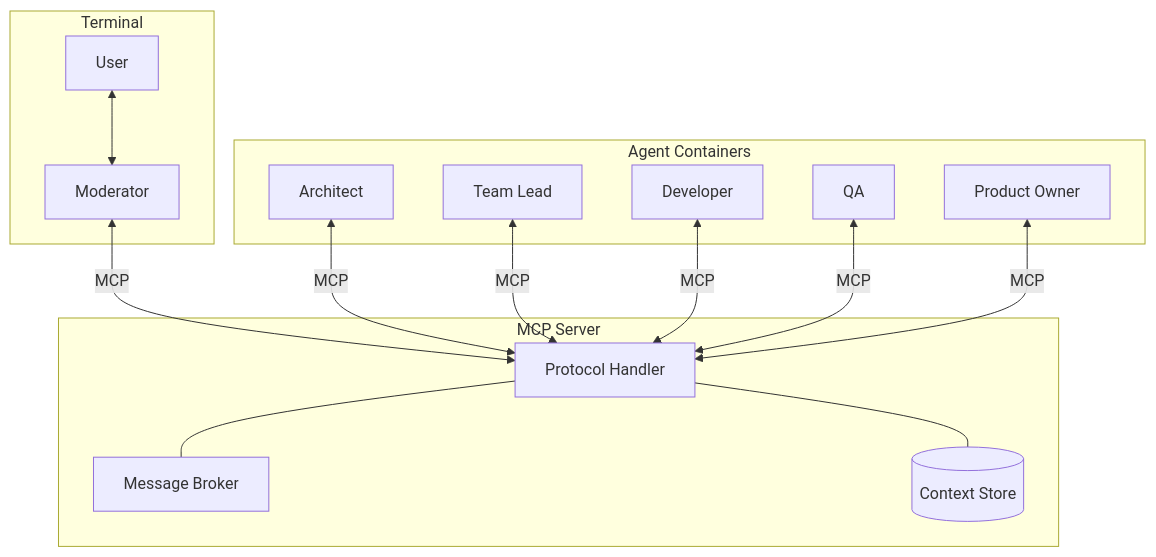
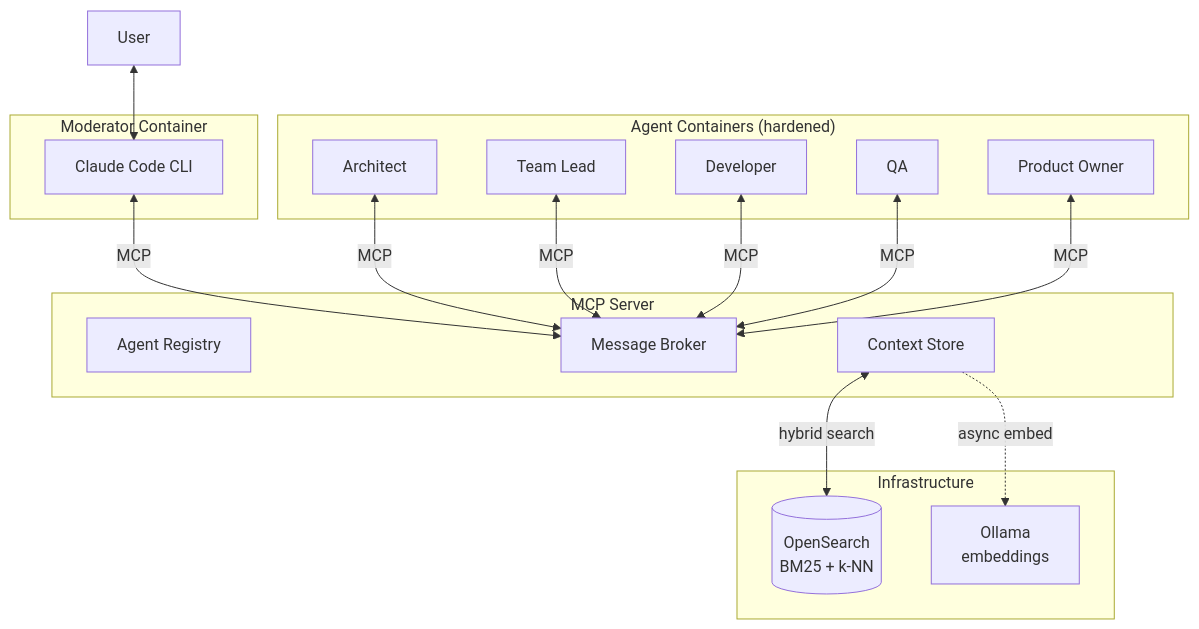
One commit to ia64mail/quorum changed the diagram in README.md. Above: the diagram before and after it, drawn with Mermaid. The commit also changed other lines of this file, not shown here.

````diff
--- a/README.md
+++ b/README.md
@@ -16,29 +16,38 @@
 ```mermaid
 graph TB
-    subgraph "Terminal"
-        U[User] <--> MOD[Moderator]
+    U[User]
+
+    subgraph "Moderator Container"
+        MOD[Claude Code CLI]
     end
 
     subgraph "MCP Server"
-        MCP[Protocol Handler]
+        REG[Agent Registry]
         BROKER[Message Broker]
-        CTX[(Context Store)]
-        MCP --- BROKER
-        MCP --- CTX
+        CTX[Context Store]
     end
 
-    subgraph "Agent Containers"
+    subgraph "Agent Containers (hardened)"
         A[Architect]
         TL[Team Lead]
         D[Developer]
         QA_A[QA]
         PO[Product Owner]
     end
 
-    MOD <-->|MCP| MCP
-    A <-->|MCP| MCP
-    TL <-->|MCP| MCP
-    D <-->|MCP| MCP
-    QA_A <-->|MCP| MCP
-    PO <-->|MCP| MCP
+    subgraph "Infrastructure"
+        OS[(OpenSearch<br/>BM25 + k-NN)]
+        OLL[Ollama<br/>embeddings]
+    end
+
+    U <--> MOD
+    MOD <-->|MCP| BROKER
+    A <-->|MCP| BROKER
+    TL <-->|MCP| BROKER
+    D <-->|MCP| BROKER
+    QA_A <-->|MCP| BROKER
+    PO <-->|MCP| BROKER
+
+    CTX <-->|hybrid search| OS
+    CTX -.->|async embed| OLL
 ```
````
